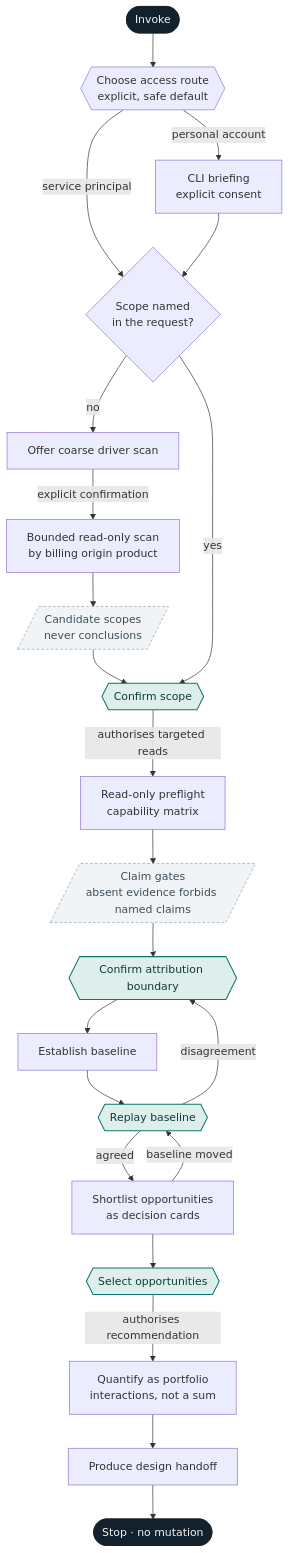
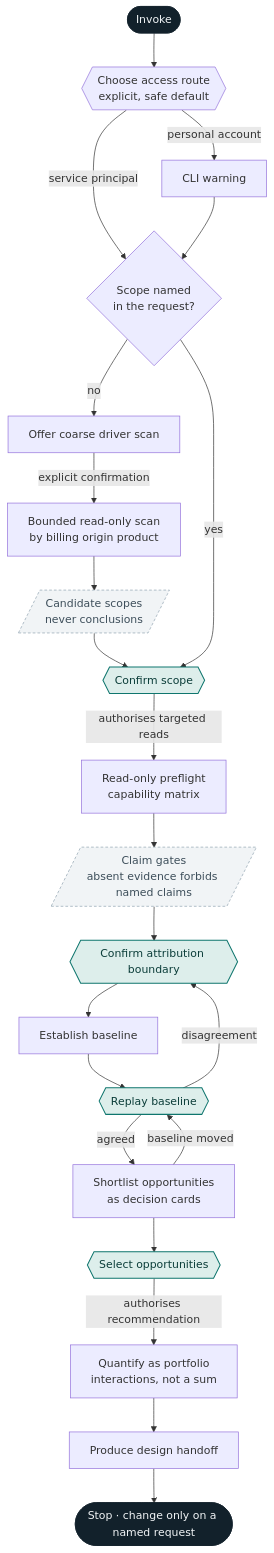
The first of 2 diagrams in SKILL.md (CauchyIO/ducat), drawn with Mermaid before and after one commit. The commit also changed other lines of this file and 7 other files, not shown here.

````diff
--- a/SKILL.md
+++ b/SKILL.md
@@ -48,33 +50,33 @@
 ```mermaid
 flowchart TD
   START([Invoke]) --> ROUTE{{Choose access route<br/>explicit, safe default}}
   ROUTE -->|service principal| Q{Scope named<br/>in the request?}
-  ROUTE -->|personal account| BRIEF[CLI briefing<br/>explicit consent]
+  ROUTE -->|personal account| BRIEF[CLI warning]
   BRIEF --> Q
 
   Q -->|no| OFFER[Offer coarse driver scan]
   OFFER -->|explicit confirmation| SCAN[Bounded read-only scan<br/>by billing origin product]
   SCAN --> CAND[/Candidate scopes<br/>never conclusions/]
   CAND --> GATE
 
   Q -->|yes| GATE{{Confirm scope}}
   GATE -->|authorises targeted reads| PRE[Read-only preflight<br/>capability matrix]
   PRE --> CLAIM[/Claim gates<br/>absent evidence forbids named claims/]
   CLAIM --> ATTR{{Confirm attribution boundary}}
   ATTR --> BASE[Establish baseline]
   BASE --> REPLAY{{Replay baseline}}
   REPLAY -->|disagreement| ATTR
   REPLAY -->|agreed| SHORT[Shortlist opportunities<br/>as decision cards]
   SHORT -->|baseline moved| REPLAY
   SHORT --> SEL{{Select opportunities}}
   SEL -->|authorises recommendation| PORT[Quantify as portfolio<br/>interactions, not a sum]
   PORT --> HAND[Produce design handoff]
-  HAND --> STOP([Stop · no mutation])
+  HAND --> STOP([Stop · change only on a named request])
 
   classDef gate fill:#DDEEEB,stroke:#0F766E,stroke-width:1.5px,color:#0B3D39;
   classDef term fill:#12212B,stroke:#12212B,color:#F1F4F6;
   classDef note fill:#F1F4F6,stroke:#8FA3B0,stroke-dasharray:4 3,color:#3D4E5A;
   class GATE,ATTR,REPLAY,SEL gate;
   class START,STOP term;
   class CAND,CLAIM note;
 ```
````
